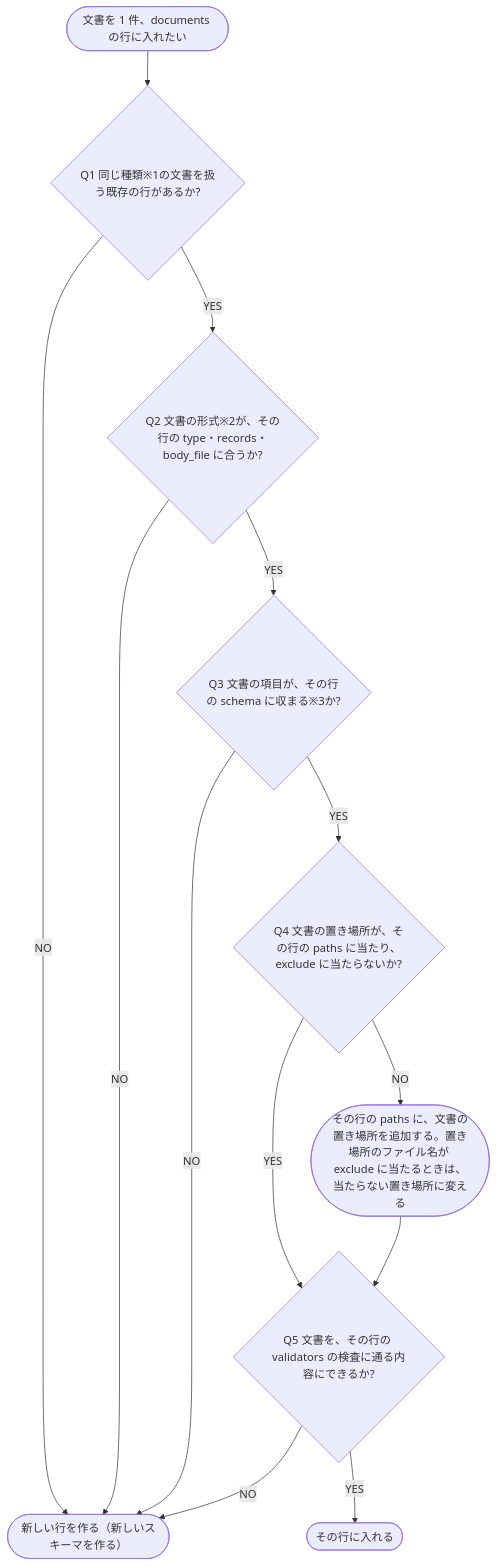
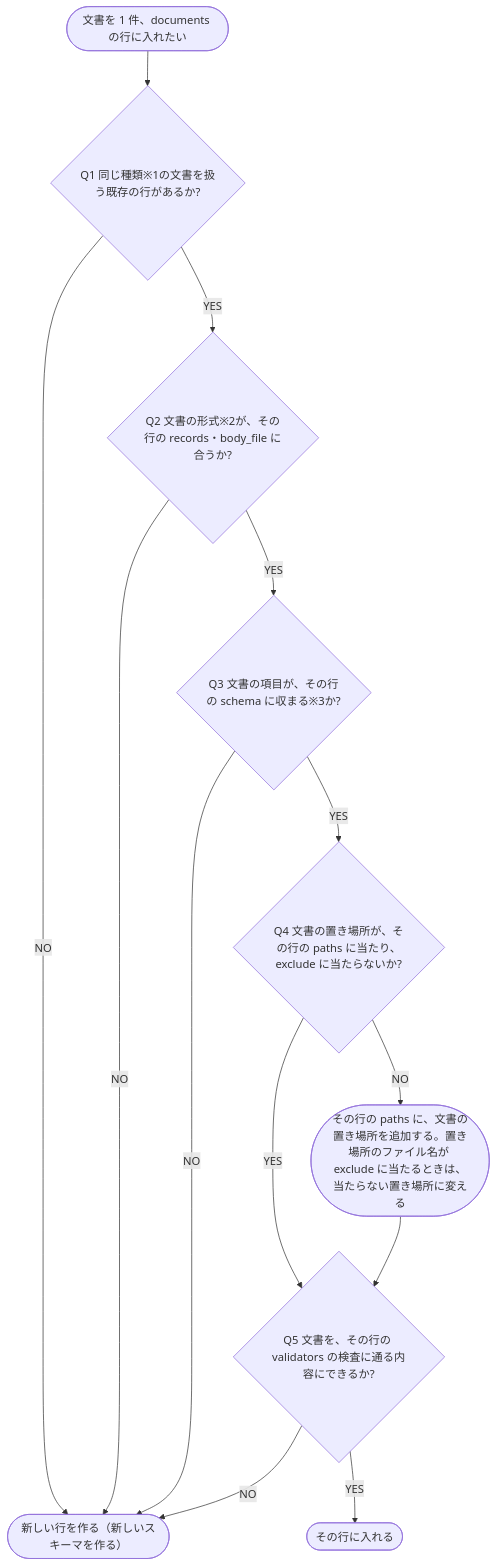
The diagram in docs/使い方/documentsの行の判定.md (shuhei1101/dev-docs), drawn with Mermaid before and after one commit. The commit also changed other lines of this file and 10 other files, not shown here.

````diff
--- a/docs/使い方/documentsの行の判定.md
+++ b/docs/使い方/documentsの行の判定.md
@@ -14,26 +14,26 @@
 ```mermaid
 flowchart TD
   START([文書を 1 件、documents の行に入れたい])
   Q1{Q1 同じ種類※1の文書を扱う既存の行があるか?}
-  Q2{Q2 文書の形式※2が、その行の type・records・body_file に合うか?}
+  Q2{Q2 文書の形式※2が、その行の records・body_file に合うか?}
   Q3{Q3 文書の項目が、その行の schema に収まる※3か?}
   Q4{Q4 文書の置き場所が、その行の paths に当たり、exclude に当たらないか?}
   Q5{Q5 文書を、その行の validators の検査に通る内容にできるか?}
 
   A1([その行の paths に、文書の置き場所を追加する。置き場所のファイル名が exclude に当たるときは、当たらない置き場所に変える])
   R1([その行に入れる])
   R2([新しい行を作る（新しいスキーマを作る）])
 
   START --> Q1
   Q1 -->|NO| R2
   Q1 -->|YES| Q2
   Q2 -->|YES| Q3
   Q2 -->|NO| R2
   Q3 -->|NO| R2
   Q3 -->|YES| Q4
   Q4 -->|YES| Q5
   Q4 -->|NO| A1
   A1 --> Q5
   Q5 -->|YES| R1
   Q5 -->|NO| R2
 ```
````
